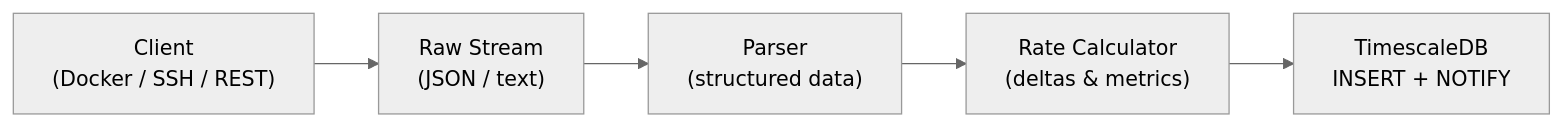
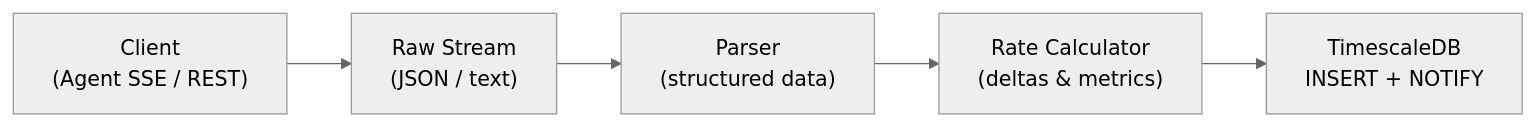
The second of 4 diagrams in docs/architecture.md (jaredglaser/homelab-manager), drawn with Mermaid (neutral theme) before and after one commit. The commit also changed other lines of this file and 1 other file, not shown here.

First line of the commit message:
docs: evolve agent into universal homelab sidecar

````diff
--- a/docs/architecture.md
+++ b/docs/architecture.md
@@ -54,10 +54,10 @@
 ```mermaid
 flowchart LR
-    CL["Client<br/>(Docker / SSH / REST)"]
+    CL["Client<br/>(Agent SSE / REST)"]
     RS["Raw Stream<br/>(JSON / text)"]
     PA["Parser<br/>(structured data)"]
     RC["Rate Calculator<br/>(deltas & metrics)"]
     DB["TimescaleDB<br/>INSERT + NOTIFY"]
 
     CL --> RS --> PA --> RC --> DB
 ```
````
